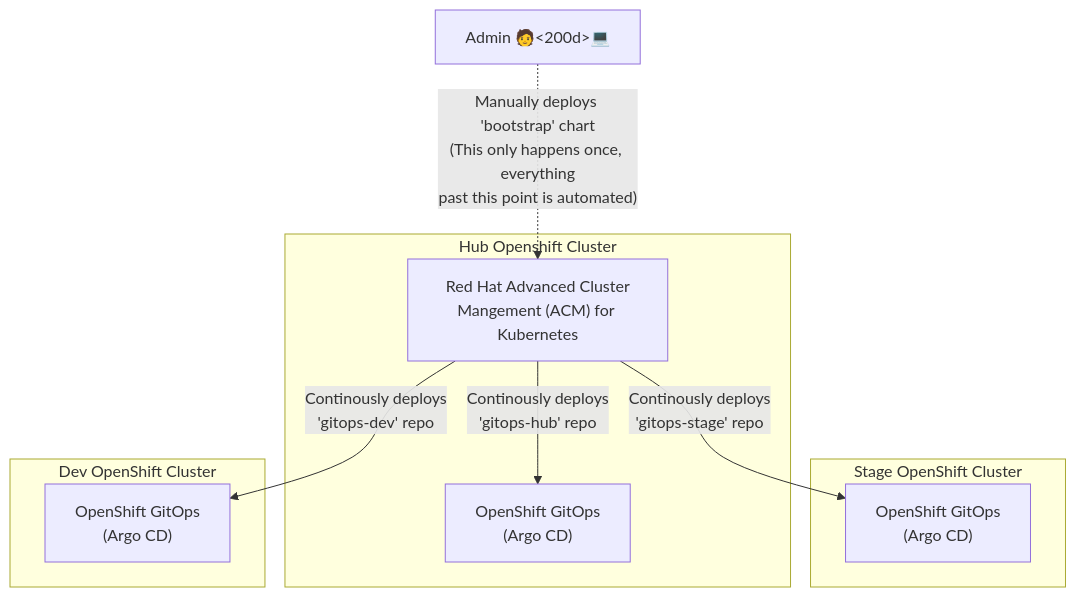
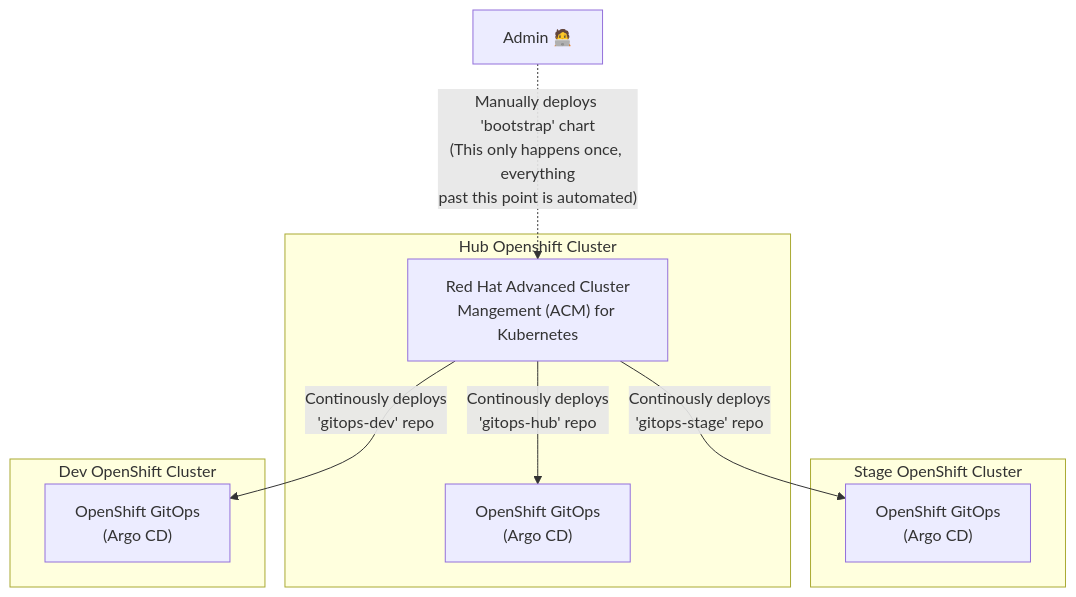
One commit to jayissi/bootstrap changed the diagram in README.md. Above: the diagram before and after it, drawn with Mermaid.

Commit message:
Fix emoji in diagram

````diff
--- a/README.md
+++ b/README.md
@@ -19,24 +19,24 @@
 ```mermaid
 graph TD
-        Admin["Admin 🧑<200d>💻"]
+        Admin["Admin 🧑‍💻"]
         ACM["Red Hat Advanced Cluster<br />Mangement (ACM) for Kubernetes"]
 
         subgraph stage [Stage OpenShift Cluster]
         GitOpsStage["OpenShift GitOps<br />(Argo CD)"]
         end
 
         subgraph hub [Hub Openshift Cluster]
         ACM
         GitOpsHub["OpenShift GitOps<br />(Argo CD)"]
         end
 
         subgraph dev [Dev OpenShift Cluster]
         GitOpsDev["OpenShift GitOps<br />(Argo CD)"]
         end
 
         Admin -. "Manually deploys 'bootstrap' chart<br />(This only happens once, everything<br />past this point is automated)" .-> ACM
 
         ACM -- "Continously deploys<br />'gitops-hub' repo" --> GitOpsHub
         ACM -- "Continously deploys<br />'gitops-dev' repo" --> GitOpsDev
         ACM -- "Continously deploys<br />'gitops-stage' repo" --> GitOpsStage
 ```
````
